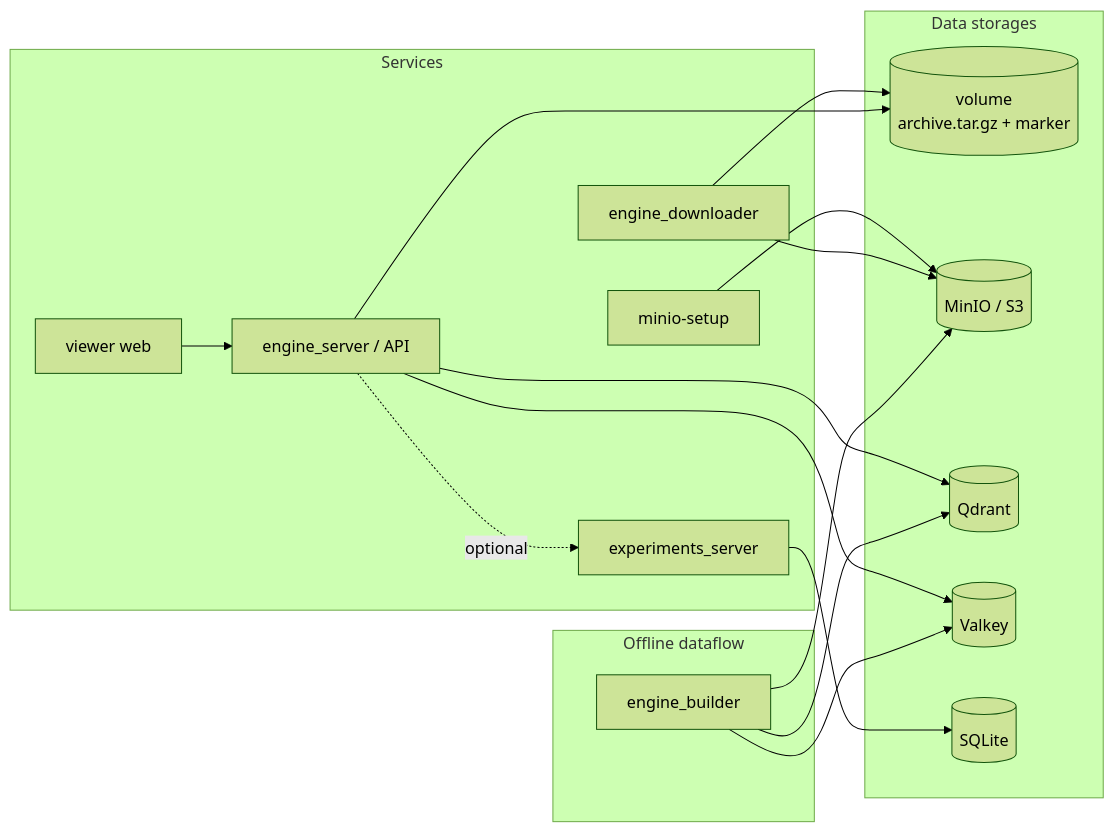
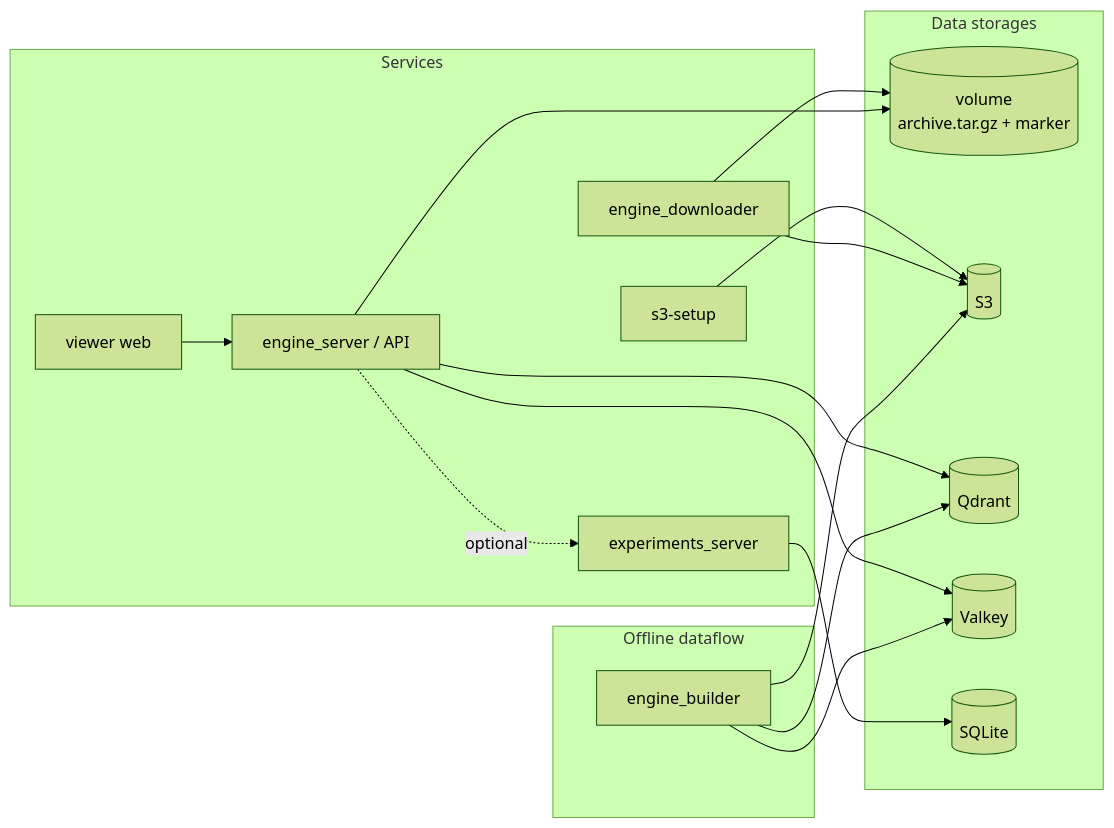
One commit to Tytskiy/recsys_course changed the diagram in minirec/README.md. Above: the diagram before and after it, drawn with Mermaid (forest theme). The commit also changed other lines of this file and 27 other files, not shown here.

````diff
--- a/minirec/README.md
+++ b/minirec/README.md
@@ -30,35 +30,35 @@
 ```mermaid
 flowchart LR
   subgraph Data storages
     Filesystem[(volume<br/>archive.tar.gz + marker)]
-    MinIO[(MinIO / S3)]
+    S3[(S3)]
     Qdrant[(Qdrant)]
     Valkey[(Valkey)]
     SQLite[(SQLite)]
   end
 
   subgraph Services
     EngineDownloader[engine_downloader]
     API[engine_server / API]
     Experiments[experiments_server]
     Viewer[viewer web]
-    MinIOSetup[minio-setup]
+    S3Setup[s3-setup]
   end
 
   subgraph Offline dataflow
     EngineBuilder[engine_builder]
   end
 
-  MinIOSetup --> MinIO
-  EngineDownloader --> MinIO
+  S3Setup --> S3
+  EngineDownloader --> S3
   EngineDownloader --> Filesystem
   API --> Filesystem
   API --> Qdrant
   API --> Valkey
   API -. optional .-> Experiments
   Experiments --> SQLite
   Viewer --> API
-  EngineBuilder --> MinIO
+  EngineBuilder --> S3
   EngineBuilder --> Qdrant
   EngineBuilder --> Valkey
 ```
````
